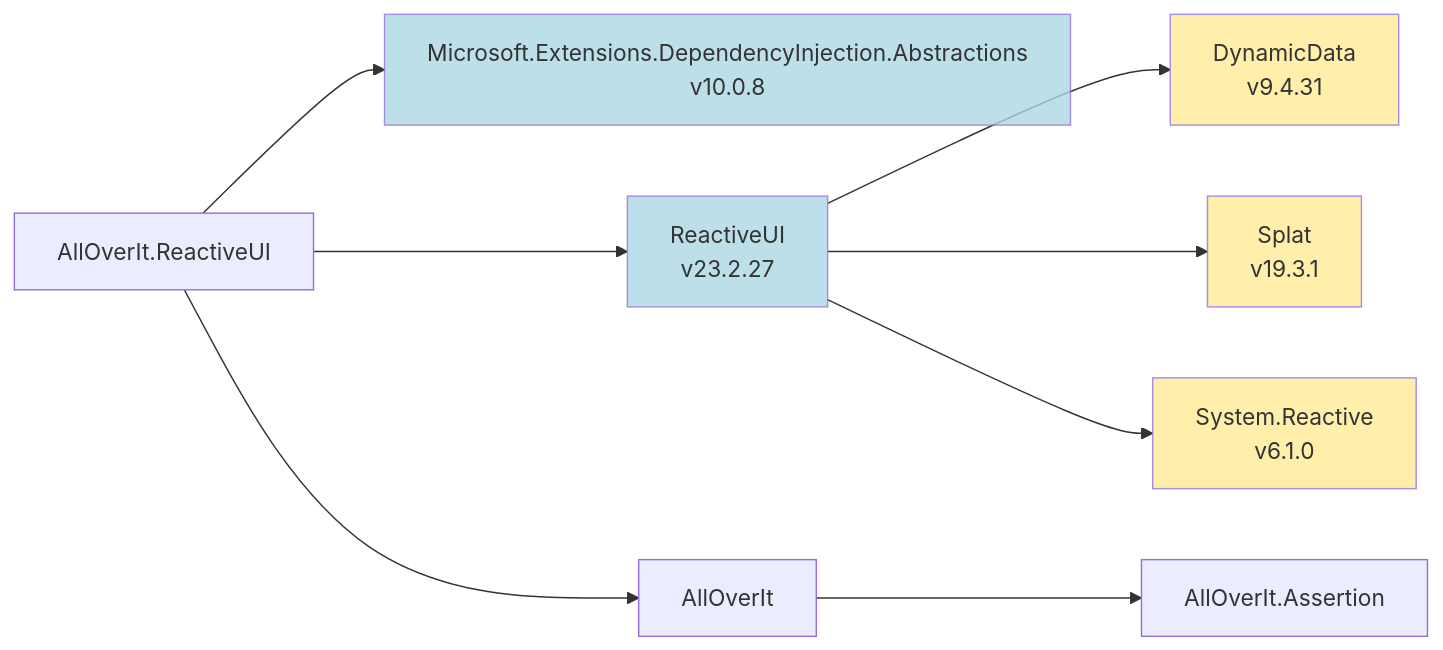
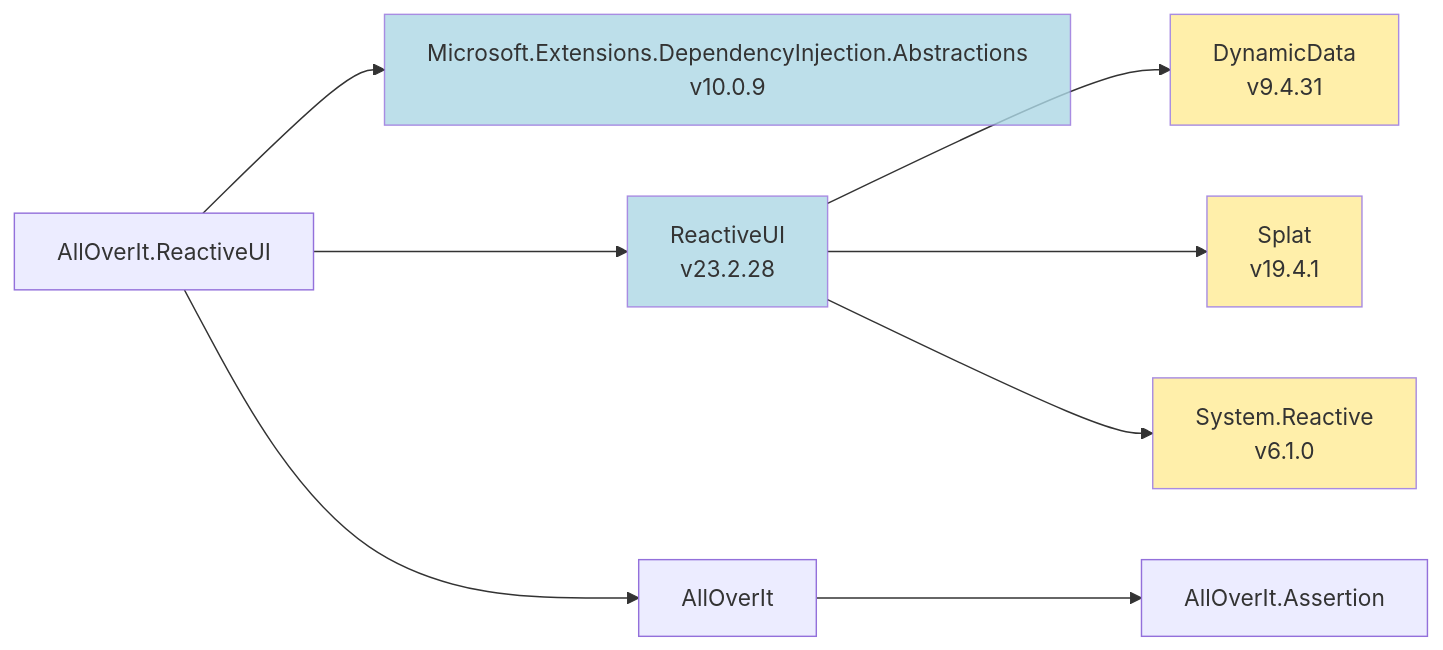
One commit to mjfreelancing/AllOverIt changed the diagram in Docs/Reference/Content/images/dependencies/net8.0/mmd/alloverit-reactiveui.mmd. Above: the diagram before and after it, drawn with Mermaid. The commit also changed 249 other files, not shown here.

```diff
--- a/Docs/Reference/Content/images/dependencies/net8.0/mmd/alloverit-reactiveui.mmd
+++ b/Docs/Reference/Content/images/dependencies/net8.0/mmd/alloverit-reactiveui.mmd
@@ -1,21 +1,21 @@
 flowchart LR
   alloverit-reactiveui["AllOverIt.ReactiveUI"]
-  microsoft-extensions-dependencyinjection-abstractions_10-0-8["Microsoft.Extensions.DependencyInjection.Abstractions<br>v10.0.8"]
-  reactiveui_23-2-27["ReactiveUI<br>v23.2.27"]
+  microsoft-extensions-dependencyinjection-abstractions_10-0-9["Microsoft.Extensions.DependencyInjection.Abstractions<br>v10.0.9"]
+  reactiveui_23-2-28["ReactiveUI<br>v23.2.28"]
   dynamicdata_9-4-31["DynamicData<br>v9.4.31"]
-  splat_19-3-1["Splat<br>v19.3.1"]
+  splat_19-4-1["Splat<br>v19.4.1"]
   system-reactive_6-1-0["System.Reactive<br>v6.1.0"]
   alloverit["AllOverIt"]
   alloverit-assertion["AllOverIt.Assertion"]
-  alloverit-reactiveui --> microsoft-extensions-dependencyinjection-abstractions_10-0-8
-  alloverit-reactiveui --> reactiveui_23-2-27
-  reactiveui_23-2-27 --> dynamicdata_9-4-31
-  reactiveui_23-2-27 --> splat_19-3-1
-  reactiveui_23-2-27 --> system-reactive_6-1-0
+  alloverit-reactiveui --> microsoft-extensions-dependencyinjection-abstractions_10-0-9
+  alloverit-reactiveui --> reactiveui_23-2-28
+  reactiveui_23-2-28 --> dynamicdata_9-4-31
+  reactiveui_23-2-28 --> splat_19-4-1
+  reactiveui_23-2-28 --> system-reactive_6-1-0
   alloverit-reactiveui --> alloverit
   alloverit --> alloverit-assertion
-  style microsoft-extensions-dependencyinjection-abstractions_10-0-8 fill:#ADD8E6,opacity:0.8
-  style reactiveui_23-2-27 fill:#ADD8E6,opacity:0.8
+  style microsoft-extensions-dependencyinjection-abstractions_10-0-9 fill:#ADD8E6,opacity:0.8
+  style reactiveui_23-2-28 fill:#ADD8E6,opacity:0.8
   style dynamicdata_9-4-31 fill:#FFEC96,opacity:0.8
-  style splat_19-3-1 fill:#FFEC96,opacity:0.8
+  style splat_19-4-1 fill:#FFEC96,opacity:0.8
   style system-reactive_6-1-0 fill:#FFEC96,opacity:0.8
```
